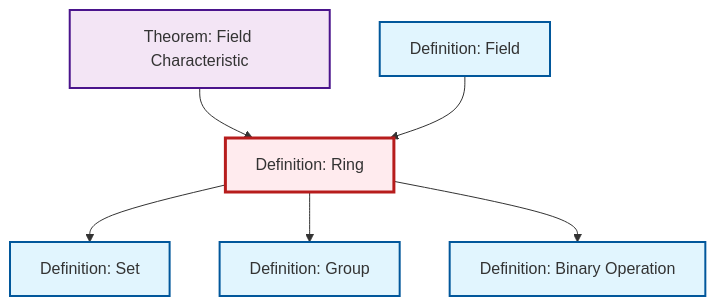
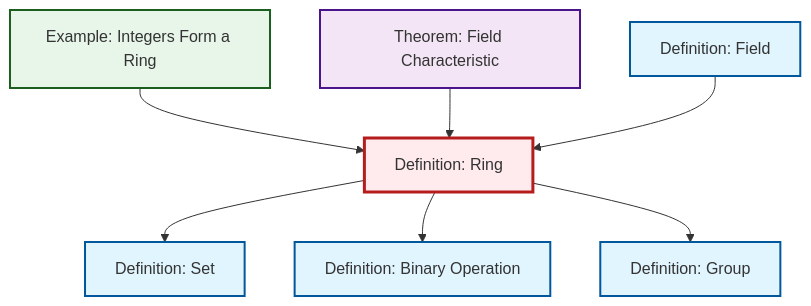
One commit to RK0429/ModernMath changed the diagram in content/en/algebra/def-ring.qmd. Above: the diagram before and after it, drawn with Mermaid. The commit also changed other lines of this file and 203 other files, not shown here.

````diff
--- a/content/en/algebra/def-ring.qmd
+++ b/content/en/algebra/def-ring.qmd
@@ -52,27 +52,23 @@
 ```{mermaid}
 %%| fig-cap: "Local dependency graph"
 graph TD
     classDef definition fill:#e1f5fe,stroke:#01579b,stroke-width:2px
     classDef theorem fill:#f3e5f5,stroke:#4a148c,stroke-width:2px
     classDef axiom fill:#fff3e0,stroke:#e65100,stroke-width:2px
     classDef example fill:#e8f5e9,stroke:#1b5e20,stroke-width:2px
     classDef current fill:#ffebee,stroke:#b71c1c,stroke-width:3px
+    def-group["Definition: Group"]:::definition
+    def-binary-operation["Definition: Binary Operation"]:::definition
+    thm-field-characteristic["Theorem: Field Characteristic"]:::theorem
     def-ring["Definition: Ring"]:::definition
-    def-group["Definition: Group"]:::definition
     def-set["Definition: Set"]:::definition
     def-field["Definition: Field"]:::definition
-    thm-field-characteristic["Theorem: Field Characteristic"]:::theorem
-    def-binary-operation["Definition: Binary Operation"]:::definition
+    ex-integers-ring["Example: Integers Form a Ring"]:::example
     def-ring --> def-set
+    def-ring --> def-binary-operation
     def-ring --> def-group
+    ex-integers-ring --> def-ring
     thm-field-characteristic --> def-ring
     def-field --> def-ring
-    def-ring --> def-binary-operation
     class def-ring current
-
-    click def-group "def-group.html" "Go to Group definition"
-    click def-set "def-set.html" "Go to Set definition"
-    click def-field "def-field.html" "Go to Field definition"
-    click thm-field-characteristic "thm-field-characteristic.html" "Go to Field Characteristic theorem"
-    click def-binary-operation "def-binary-operation.html" "Go to Binary Operation definition"
 ```
````
